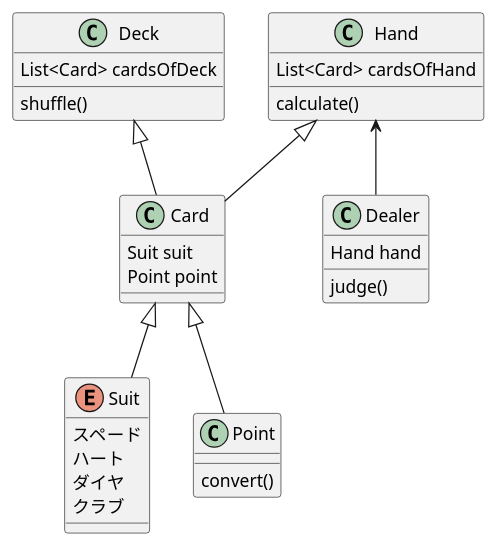
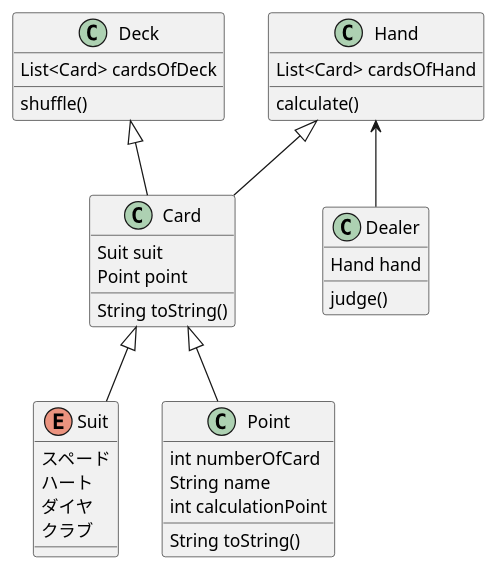
One commit to noname-928/Blackjack changed the diagram in blackjack.puml. Above: the diagram before and after it, drawn with PlantUML. The commit also changed 5 other files, not shown here.

```diff
--- a/blackjack.puml
+++ b/blackjack.puml
@@ -1,41 +1,45 @@
 @startuml
 
 Card <|-- Suit
 Card <|-- Point
 Hand <|--Card
 Deck <|-- Card
 Hand <-- Dealer
 
 
 enum Suit {
 スペード
 ハート
 ダイヤ
 クラブ
 }
 
 class Point {
-convert()
+int numberOfCard
+String name
+int calculationPoint
+String toString()
 }
 
 class Card {
 Suit suit
 Point point
+String toString()
 }
 
 class Hand {
 List<Card> cardsOfHand
 calculate()
 }
 
 class Dealer {
 Hand hand
 judge()
 }
 
 class Deck {
 List<Card> cardsOfDeck
 shuffle()
 }
 
 @enduml
```
